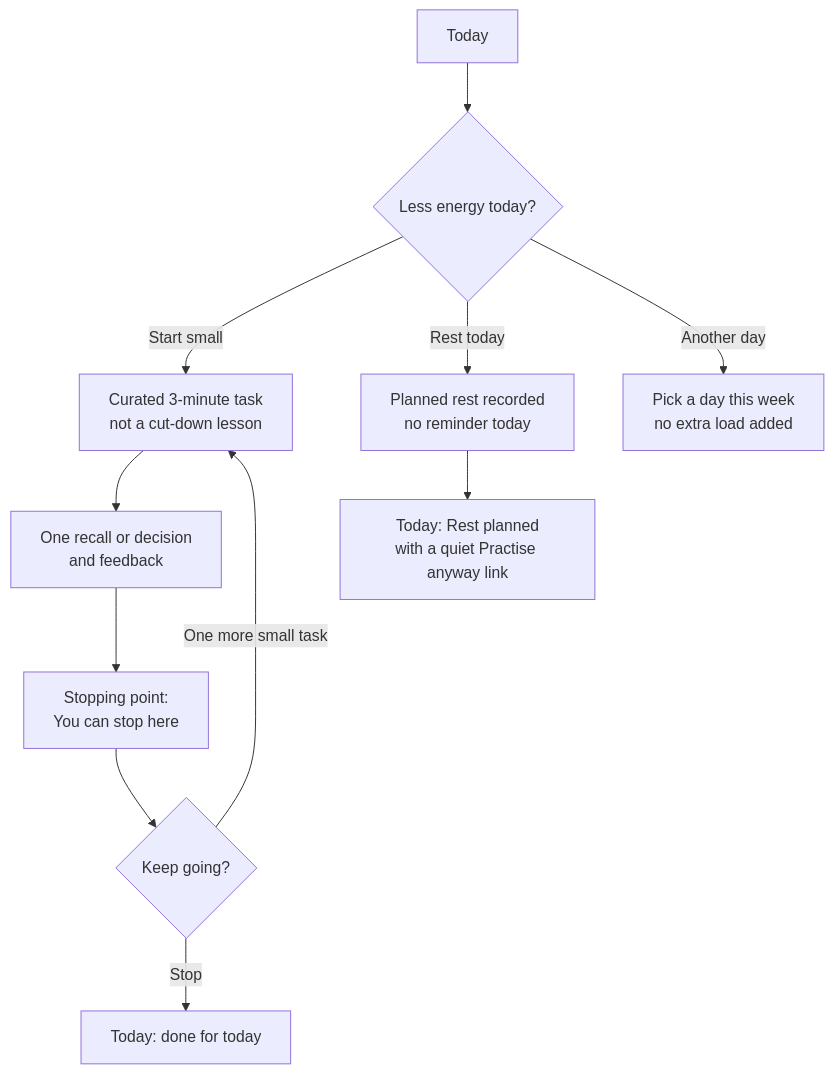
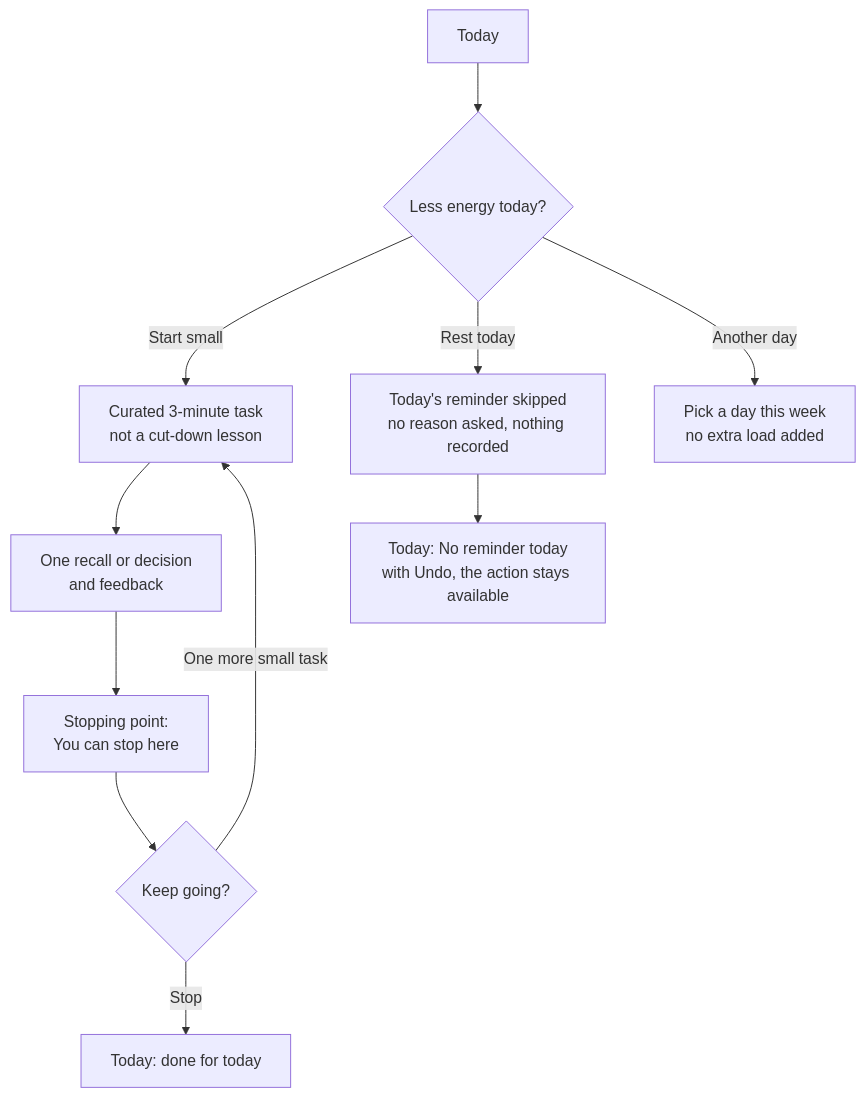
The fifth of 12 diagrams in devstep/docs/08-ux-and-screens.md (GhanshyamSoni68/app_idea), drawn with Mermaid before and after one commit. The commit also changed other lines of this file and 8 other files, not shown here.

````diff
--- a/devstep/docs/08-ux-and-screens.md
+++ b/devstep/docs/08-ux-and-screens.md
@@ -198,11 +204,11 @@
 ```mermaid
 flowchart TD
   D1["Today"] --> D2{"Less energy today?"}
   D2 -->|Start small| D3["Curated 3-minute task<br/>not a cut-down lesson"]
-  D2 -->|Rest today| D4["Planned rest recorded<br/>no reminder today"]
+  D2 -->|Rest today| D4["Today's reminder skipped<br/>no reason asked, nothing recorded"]
   D2 -->|Another day| D5["Pick a day this week<br/>no extra load added"]
   D3 --> D6["One recall or decision<br/>and feedback"] --> D7["Stopping point:<br/>You can stop here"] --> D8{"Keep going?"}
   D8 -->|Stop| D9["Today: done for today"]
   D8 -->|One more small task| D3
-  D4 --> D10["Today: Rest planned<br/>with a quiet Practise anyway link"]
+  D4 --> D10["Today: No reminder today<br/>with Undo, the action stays available"]
 ```
````
